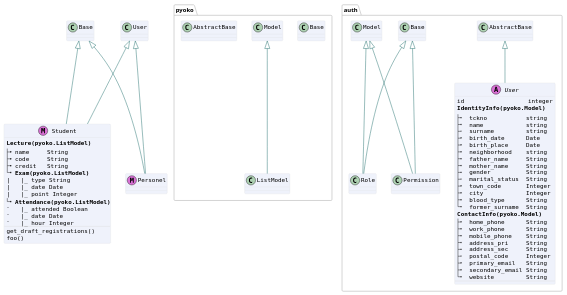
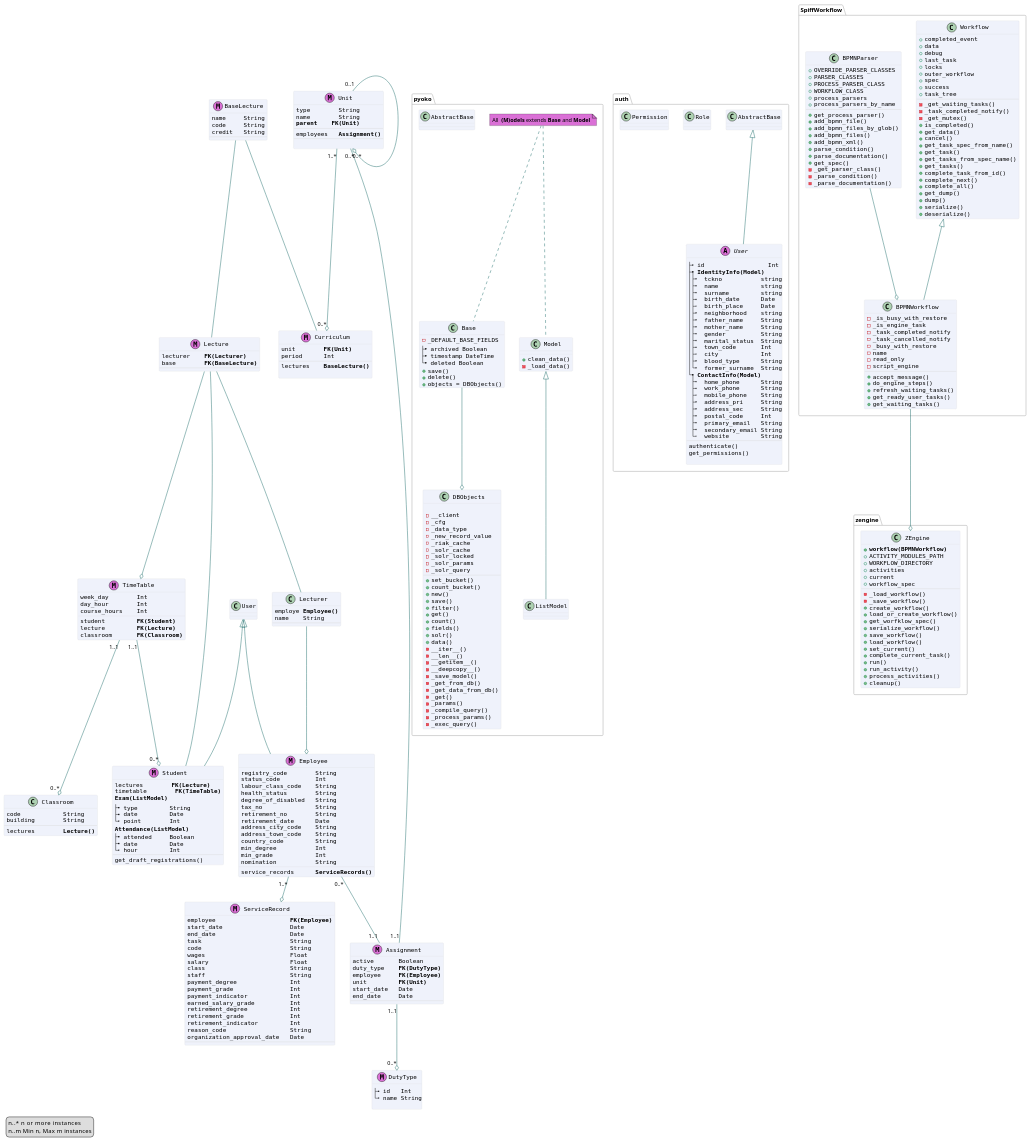
The diagram in docs/diagrams/models.puml (zetaops/ulakbus), drawn with PlantUML before and after one commit. The commit also changed 14 other files, not shown here.

Commit message:
project class diagram (still has some errors) generic sequence diagram empty model and service files

```diff
--- a/docs/diagrams/models.puml
+++ b/docs/diagrams/models.puml
@@ -6,87 +6,377 @@
 skinparam packageBorderColor #BDBDBD
 skinparam classArrowColor #0B615E
 skinparam shadowing false
-skinparam tabSize 1
+
 'skinparam monochrome true
 'skinparam nodesep 100
-skinparam ranksep 100
+'skinparam ranksep 100
+
+
+legend left
+n..*     n or more instances
+n..m    Min n, Max m instances
+endlegend
+
+
+
+
 
 package pyoko{
+
+
+note  "All <color:black><b> (M)odels</b></color> extends <b>Base</b> and <b>Model</b>" as n1 #orchid
+n1 .. Base
+n1 .. Model
+
+class DBObjects{
+
+- __client
+- _cfg
+- _data_type
+- _new_record_value
+- _riak_cache
+- _solr_cache
+- _solr_locked
+- _solr_params
+- _solr_query
+--
++ set_bucket()
++ count_bucket()
++ new()
++ save()
++ filter()
++ get()
++ count()
++ fields()
++ solr()
++ data()
+- __iter__()
+- __len__()
+- __getitem__()
+- __deepcopy__()
+- _save_model()
+- _get_from_db()
+- _get_data_from_db()
+- _get()
+- _params()
+- _compile_query()
+- _process_params()
+- _exec_query()
+}
     class Base{
+    - _DEFAULT_BASE_FIELDS
+  |_ archived Boolean
+  |_ timestamp DateTime
+  |_ deleted Boolean
+    + save()
+    + delete()
+    + objects = DBObjects()
     }
     class Model{
+    + clean_data()
+    - _load_data()
 
     }
     class AbstractBase{
     }
     class ListModel extends Model{
     }
+Base --o DBObjects
+}
 
-}
 
 package auth{
 
 abstract class User <<(A,orchid)>> extends AbstractBase{
-id                  integer
-**IdentityInfo(pyoko.Model)**
-|_  tckno           string
-|_  name            string
-|_  surname         string
-|_  birth_date      Date
-|_  birth_place     Date
-|_  neighborhood    string
-|_  father_name     String
-|_  mother_name     String
-|_  gender          String
-|_  marital_status  String
-|_  town_code       Integer
-|_  city            Integer
-|_  blood_type      String
-|_  former_surname  String
-**ContactInfo(pyoko.Model)**
-|_  home_phone      String
-|_  work_phone      String
-|_  mobile_phone    String
-|_  address_pri     String
-|_  address_sec     String
-|_  postal_code     Integer
-|_  primary_email   String
-|_  secondary_email String
-|_  website         String
+|_ id                  Int
+|_ **IdentityInfo(Model)**
+   |_  tckno           string
+   |_  name            string
+   |_  surname         string
+   |_  birth_date      Date
+   |_  birth_place     Date
+   |_  neighborhood    string
+   |_  father_name     String
+   |_  mother_name     String
+   |_  gender          String
+   |_  marital_status  String
+   |_  town_code       Int
+   |_  city            Int
+   |_  blood_type      String
+   |_  former_surname  String
+|_ **ContactInfo(Model)**
+   |_  home_phone      String
+   |_  work_phone      String
+   |_  mobile_phone    String
+   |_  address_pri     String
+   |_  address_sec     String
+   |_  postal_code     Int
+   |_  primary_email   String
+   |_  secondary_email String
+   |_  website         String
 --
+authenticate()
+get_permissions()
+
 }
 
-class Role extends Base, Model{
+class Role{
 }
-
-class Permission extends Base, Model{
+class Permission{
 }
 
 }
 
-class Student <<(M,orchid)>> extends Base, User {
-**Lecture(pyoko.ListModel)**
-|_ name     String
-|_ code     String
-|_ credit   String
-|_ **Exam(pyoko.ListModel)**
-|   |_ type String
-|   |_ date Date
-|   |_ point Integer
-|_ **Attendance(pyoko.ListModel)**
-`   |_ attended Boolean
-`   |_ date Date
-`   |_ hour Integer
+package SpiffWorkflow{
+class Workflow{
++ completed_event
++ data
++ debug
++ last_task
++ locks
++ outer_workflow
++ spec
++ success
++ task_tree
 --
-get_draft_registrations()
-foo()
+- _get_waiting_tasks()
+- _task_completed_notify()
+- _get_mutex()
++ is_completed()
++ get_data()
++ cancel()
++ get_task_spec_from_name()
++ get_task()
++ get_tasks_from_spec_name()
++ get_tasks()
++ complete_task_from_id()
++ complete_next()
++ complete_all()
++ get_dump()
++ dump()
++ serialize()
++ deserialize()
+}
+class BPMNWorkflow extends Workflow{
+- _is_busy_with_restore
+- _is_engine_task
+- _task_completed_notify
+- _task_cancelled_notify
+- _busy_with_restore
+- name
+- read_only
+- script_engine
+--
++ accept_message()
++ do_engine_steps()
++ refresh_waiting_tasks()
++ get_ready_user_tasks()
++ get_waiting_tasks()
+}
+class BPMNParser{
++ OVERRIDE_PARSER_CLASSES
++ PARSER_CLASSES
++ PROCESS_PARSER_CLASS
++ WORKFLOW_CLASS
++ process_parsers
++ process_parsers_by_name
+--
++ get_process_parser()
++ add_bpmn_file()
++ add_bpmn_files_by_glob()
++ add_bpmn_files()
++ add_bpmn_xml()
++ parse_condition()
++ parse_documentation()
++ get_spec()
+- _get_parser_class()
+- _parse_condition()
+- _parse_documentation()
+}
+BPMNParser --o BPMNWorkflow
 }
 
-class Personel <<(M,orchid)>> extends Base, User{
+BPMNWorkflow --o zengine.ZEngine
+package zengine{
+    class ZEngine{
+        + **workflow(BPMNWorkflow)**
+        + ACTIVITY_MODULES_PATH
+        + WORKFLOW_DIRECTORY
+        + activities
+        + current
+        + workflow_spec
+        --
+        - _load_workflow()
+        - _save_workflow()
+        + create_workflow()
+        + load_or_create_workflow()
+        + get_worfklow_spec()
+        + serialize_workflow()
+        + save_workflow()
+        + load_workflow()
+        + set_current()
+        + complete_current_task()
+        + run()
+        + run_activity()
+        + process_activities()
+        + cleanup()
+    }
+}
+
+
+class Employee <<(M,orchid)>> extends User{
+service_records      **ServiceRecords()**
+registry_code        String
+status_code          Int
+labour_class_code    String
+health_status        String
+degree_of_disabled   String
+tax_no               String
+retirement_no        String
+retirement_date      Date
+address_city_code    String
+address_town_code    String
+country_code         String
+min_degree           Int
+min_grade            Int
+nomination           String
+
+}
+
+class ServiceRecord<<(M,orchid)>>{
+employee                     **FK(Employee)**
+start_date                   Date
+end_date                     Date
+task                         String
+code                         String
+wages                        Float
+salary                       Float
+class                        String
+staff                        String
+payment_degree               Int
+payment_grade                Int
+payment_indicator            Int
+earned_salary_grade          Int
+retirement_degree            Int
+retirement_grade             Int
+retirement_indicator         Int
+reason_code                  String
+organization_approval_date   Date
+--
+}
+
+class Unit<<(M,orchid)>>{
+type        String
+name        String
+**parent    FK(Unit)**
+--
+employees   **Assignment()**
+--
 
 }
 
 
 
 
+
+
+
+class DutyType<<(M,orchid)>>{
+|_ id   Int
+|_ name String
+
+}
+class Assignment<<(M,orchid)>>{
+active       Boolean
+duty_type    **FK(DutyType)**
+employee     **FK(Employee)**
+unit         **FK(Unit)**
+start_date   Date
+end_date     Date
+--
+}
+
+class Lecturer{
+employe **Employee()**
+name    String
+--
+}
+
+class Curriculum<<(M,orchid)>>{
+unit        **FK(Unit)**
+period      Int
+--
+lectures    **BaseLecture()**
+
+}
+
+class TimeTable<<(M,orchid)>>{
+student         **FK(Student)**
+lecture         **FK(Lecture)**
+classroom       **FK(Classroom)**
+week_day        Int
+day_hour        Int
+course_hours    Int
+}
+
+class Classroom{
+code            String
+building        String
+--
+lectures        **Lecture()**
+}
+
+class Lecture<<(M,orchid)>>{
+lecturer    **FK(Lecturer)**
+base        **FK(BaseLecture)**
+--
+}
+class BaseLecture<<(M,orchid)>>{
+name     String
+code     String
+credit   String
+--
+}
+
+
+
+class Student <<(M,orchid)>> extends User {
+lectures        **FK(Lecture)**
+timetable        **FK(TimeTable)**
+**Exam(ListModel)**
+|_ type         String
+|_ date         Date
+|_ point        Int
+**Attendance(ListModel)**
+|_ attended     Boolean
+|_ date         Date
+|_ hour         Int
+--
+get_draft_registrations()
+}
+
+Lecture -- Lecturer
+Lecture -- Student
+Unit "1..*" --o "0..*" Curriculum
+BaseLecture -- Curriculum
+BaseLecture -- Lecture
+
+Unit "0..*" -- "1..1" Assignment
+Unit "0..1" --o "0..*" Unit
+Employee "0..*" -- "1..1" Assignment
+Lecturer --o Employee
+Lecture --o TimeTable
+Assignment "1..1" --o "0..*" DutyType
+
+
+TimeTable "1..1" --o "0..*" Student
+TimeTable "1..1" --o "0..*" Classroom
+
+
+Employee "1..*" --o ServiceRecord
+
+' XXXXXXXXXXXX
+' Unit "0..*" -- "0..*" Employee
+' Student "1..*" --o "0..*" Curriculum
+' XXXXXXXXXXXX
 @enduml
```
